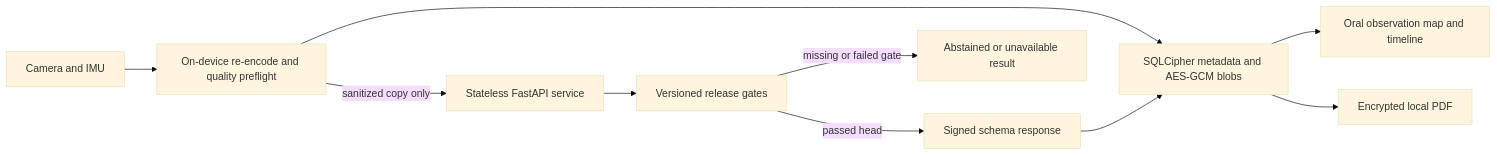
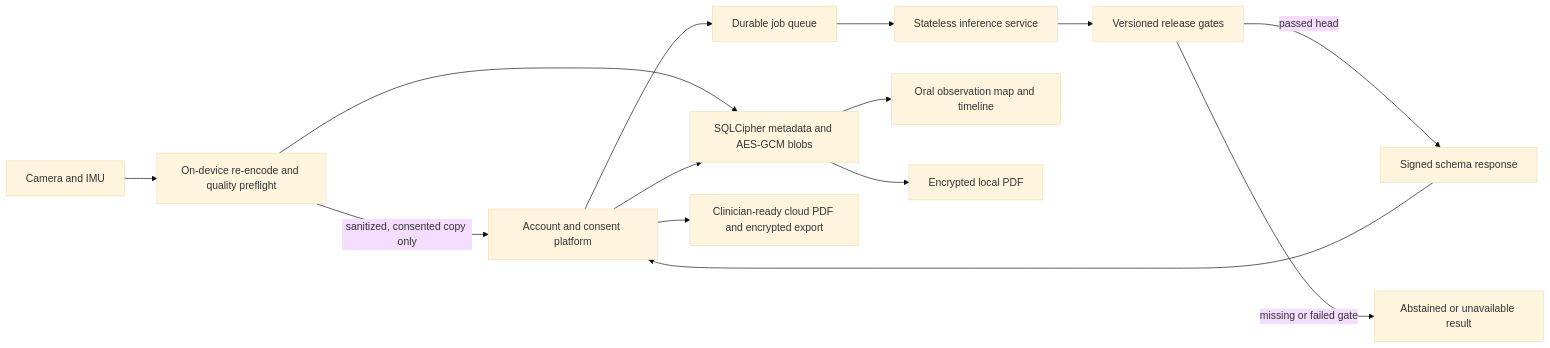
The diagram in docs/ARCHITECTURE.md (rohit47108/oralsight), drawn with Mermaid (base theme) before and after one commit. The commit also changed other lines of this file and 365 other files, not shown here.

````diff
--- a/docs/ARCHITECTURE.md
+++ b/docs/ARCHITECTURE.md
@@ -8,12 +8,16 @@
 ```mermaid
 flowchart LR
   Camera["Camera and IMU"] --> Preflight["On-device re-encode and quality preflight"]
   Preflight --> Local["SQLCipher metadata and AES-GCM blobs"]
-  Preflight -->|"sanitized copy only"| API["Stateless FastAPI service"]
+  Preflight -->|"sanitized, consented copy only"| Platform["Account and consent platform"]
+  Platform --> Queue["Durable job queue"]
+  Queue --> API["Stateless inference service"]
   API --> Gates["Versioned release gates"]
   Gates -->|"passed head"| Result["Signed schema response"]
   Gates -->|"missing or failed gate"| Abstain["Abstained or unavailable result"]
-  Result --> Local
+  Result --> Platform
+  Platform --> Local
   Local --> Map["Oral observation map and timeline"]
   Local --> PDF["Encrypted local PDF"]
+  Platform --> CloudPDF["Clinician-ready cloud PDF and encrypted export"]
 ```
````
